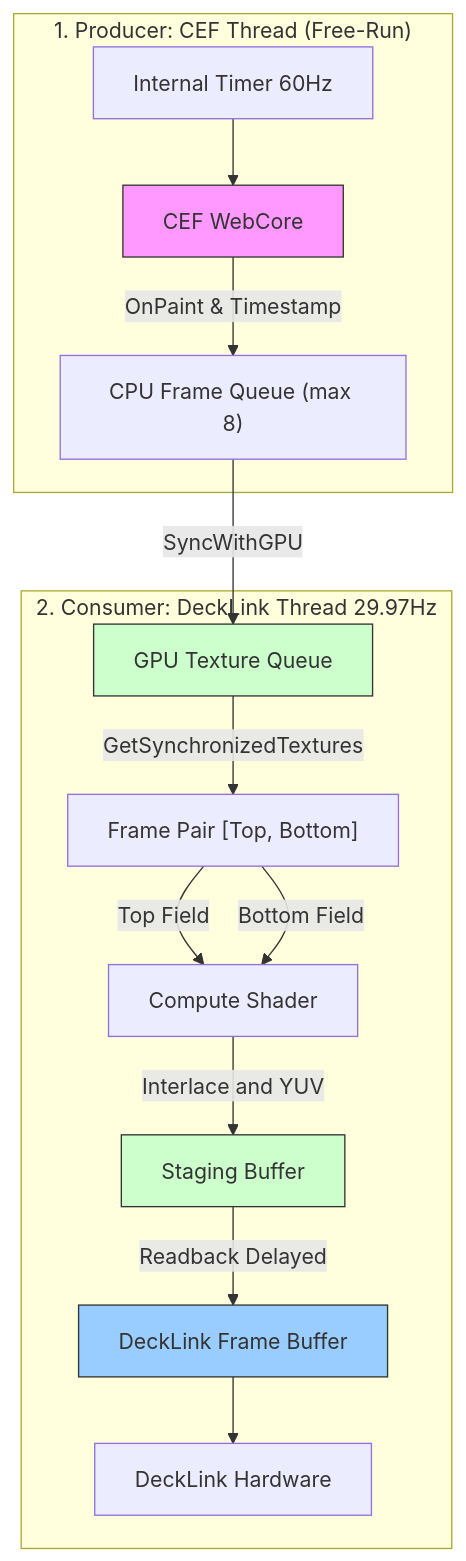
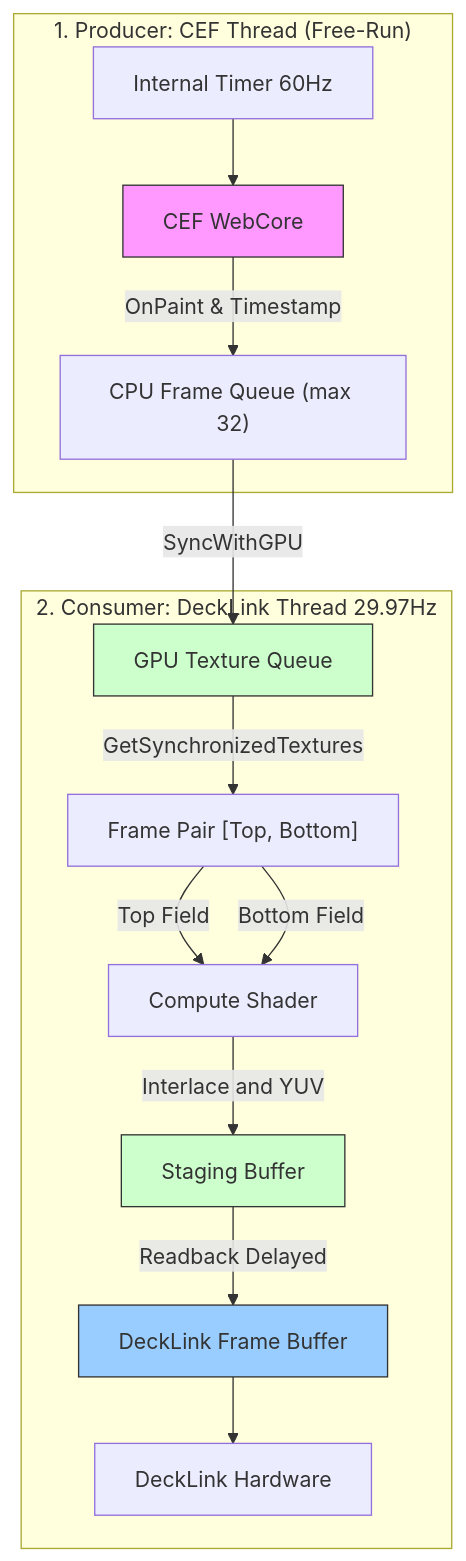
One commit to tanaka-ryuya/CEFDecklink changed the diagram in docs/data_processing_flow.md. Above: the diagram before and after it, drawn with Mermaid. The commit also changed other lines of this file, not shown here.

````diff
--- a/docs/data_processing_flow.md
+++ b/docs/data_processing_flow.md
@@ -15,25 +15,25 @@
 ```mermaid
 graph TD
     subgraph "1. Producer: CEF Thread (Free-Run)"
         TIMER["Internal Timer 60Hz"] --> CEF["CEF WebCore"]
-        CEF -->|OnPaint & Timestamp| CPU_Q["CPU Frame Queue (max 8)"]
+        CEF -->|OnPaint & Timestamp| CPU_Q["CPU Frame Queue (max 32)"]
     end
 
     subgraph "2. Consumer: DeckLink Thread 29.97Hz"
         CPU_Q -->|SyncWithGPU| GPU_Q["GPU Texture Queue"]
         GPU_Q -->|GetSynchronizedTextures| PAIR["Frame Pair [Top, Bottom]"]
         
         PAIR -->|Top Field| SHADER["Compute Shader"]
         PAIR -->|Bottom Field| SHADER
         
         SHADER -->|Interlace and YUV| STAGING["Staging Buffer"]
         STAGING -->|Readback Delayed| DL_BUF["DeckLink Frame Buffer"]
         
         DL_BUF --> HW["DeckLink Hardware"]
     end
 
     style CEF fill:#f9f,stroke:#333
     style GPU_Q fill:#cfc,stroke:#333
     style STAGING fill:#cfc,stroke:#333
     style DL_BUF fill:#9cf,stroke:#333
 ```
````
